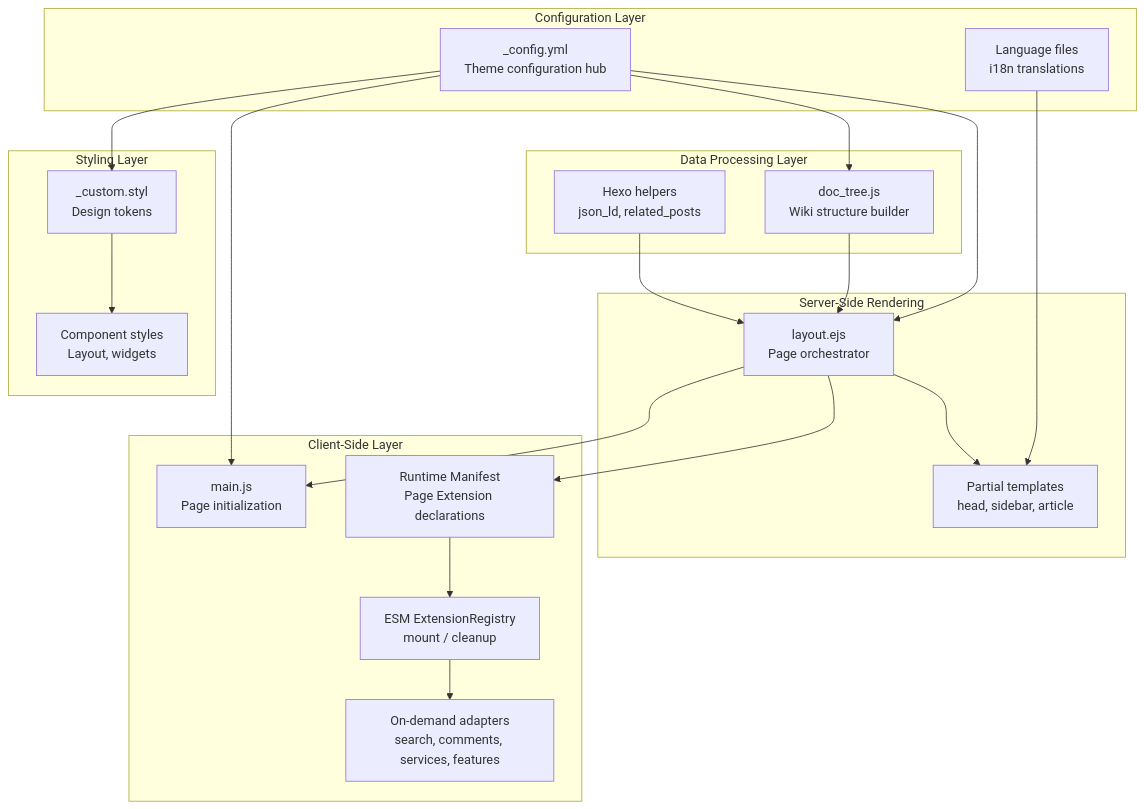
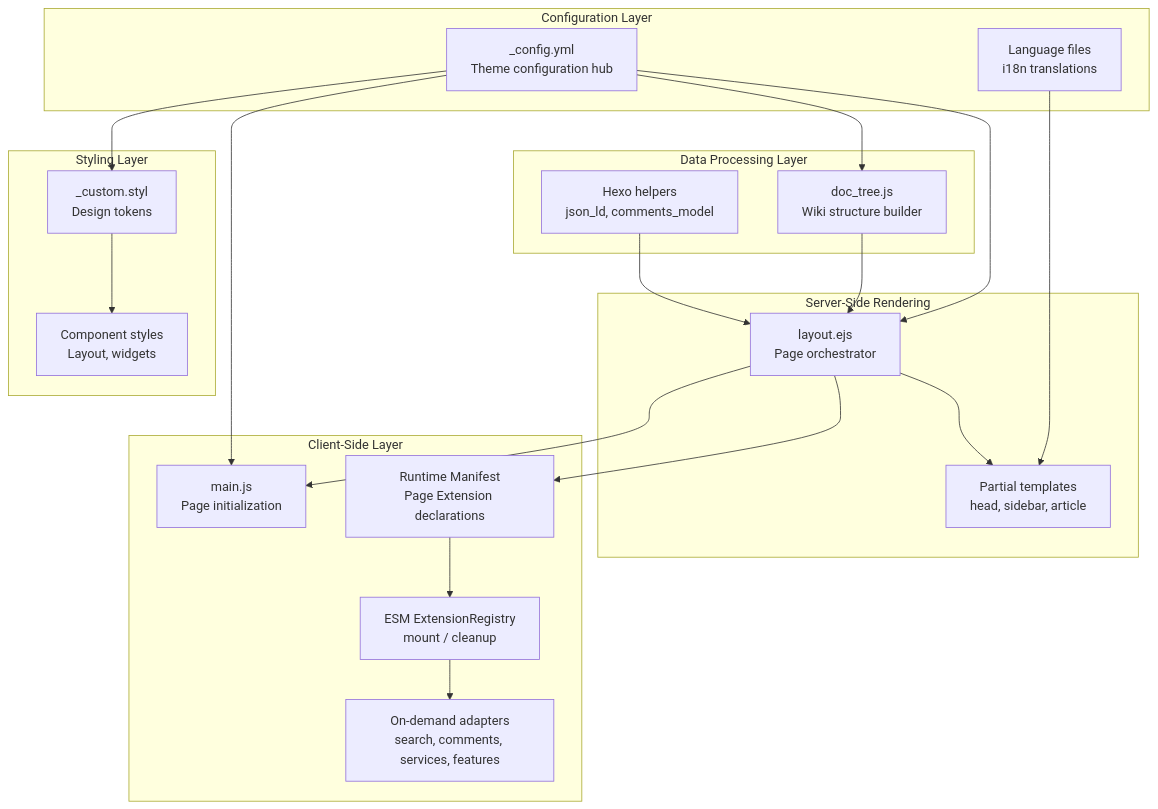
One commit to xaoxuu/hexo-theme-stellar changed the first of 5 diagrams in docs/knowledge/00-总览与安装配置/overview.md. Above: the diagram before and after it, drawn with Mermaid. The commit also changed 70 other files, not shown here.

````diff
--- a/docs/knowledge/00-总览与安装配置/overview.md
+++ b/docs/knowledge/00-总览与安装配置/overview.md
@@ -44,43 +44,43 @@
 ```mermaid
 graph TB
     subgraph Configuration["Configuration Layer"]
         CONFIG["_config.yml<br/>Theme configuration hub"]
         LANG["Language files<br/>i18n translations"]
     end
     
     subgraph DataProcessing["Data Processing Layer"]
         DOCTREE["doc_tree.js<br/>Wiki structure builder"]
-        HELPERS["Hexo helpers<br/>json_ld, related_posts"]
+        HELPERS["Hexo helpers<br/>json_ld, comments_model"]
     end
     
     subgraph ServerRender["Server-Side Rendering"]
         LAYOUT["layout.ejs<br/>Page orchestrator"]
         PARTIALS["Partial templates<br/>head, sidebar, article"]
     end
     
     subgraph ClientSide["Client-Side Layer"]
         MAINJS["main.js<br/>Page initialization"]
         MANIFEST["Runtime Manifest<br/>Page Extension declarations"]
         REGISTRY["ESM ExtensionRegistry<br/>mount / cleanup"]
         EXTENSIONS["On-demand adapters<br/>search, comments, services, features"]
     end
     
     subgraph Styling["Styling Layer"]
         CUSTOM["_custom.styl<br/>Design tokens"]
         COMPONENTS["Component styles<br/>Layout, widgets"]
     end
     
     CONFIG --> DOCTREE
     CONFIG --> LAYOUT
     CONFIG --> MAINJS
     CONFIG --> CUSTOM
     LANG --> PARTIALS
     DOCTREE --> LAYOUT
     HELPERS --> LAYOUT
     LAYOUT --> PARTIALS
     LAYOUT --> MAINJS
     LAYOUT --> MANIFEST
     MANIFEST --> REGISTRY
     REGISTRY --> EXTENSIONS
     CUSTOM --> COMPONENTS
 ```
````
